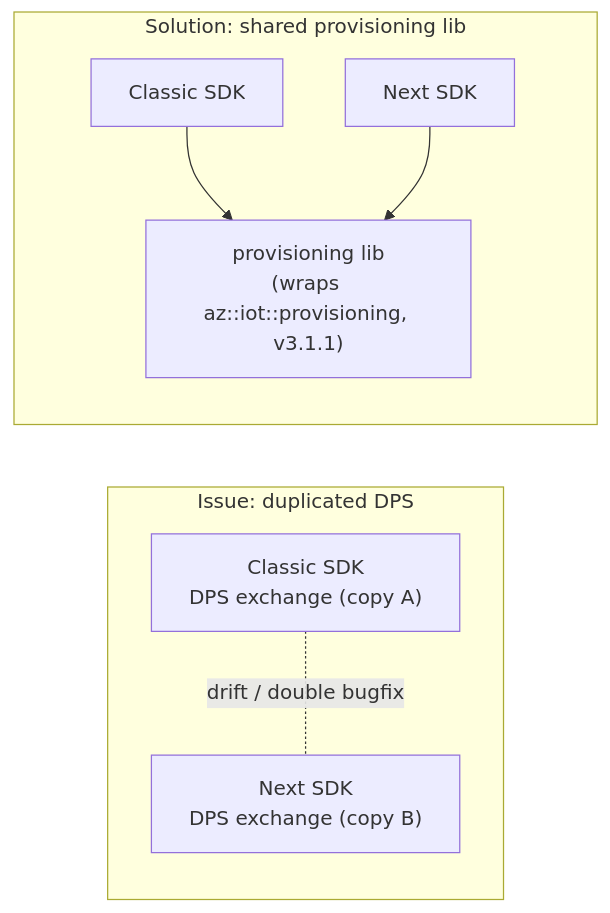
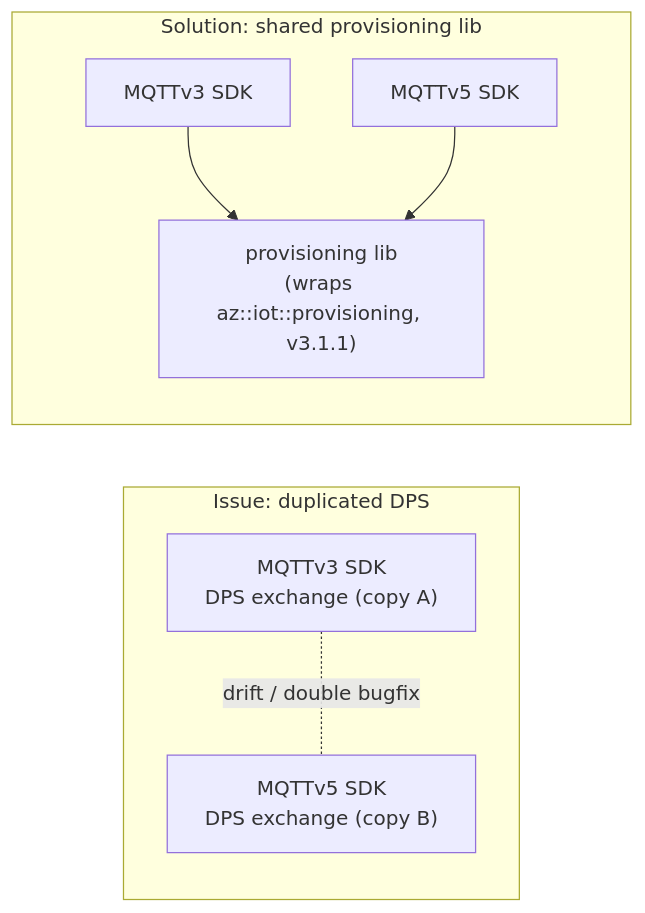
The third of 20 diagrams in c/docs/eng/split-client.md (Azure/azure-iot-sdk), drawn with Mermaid before and after one commit. The commit also changed other lines of this file and 99 other files, not shown here.

First line of the commit message:
[C] Rename Classic/Next/AEG to MQTTv3/MQTTv5 (#274)

````diff
--- a/c/docs/eng/split-client.md
+++ b/c/docs/eng/split-client.md
@@ -168,16 +168,16 @@
 ```mermaid
 flowchart LR
     subgraph ISSUE["Issue: duplicated DPS"]
-        IC["Classic SDK<br/>DPS exchange (copy A)"]
-        IN["Next SDK<br/>DPS exchange (copy B)"]
+        IC["MQTTv3 SDK<br/>DPS exchange (copy A)"]
+        IN["MQTTv5 SDK<br/>DPS exchange (copy B)"]
         IC -. "drift / double bugfix" .- IN
     end
 
     subgraph FIX["Solution: shared provisioning lib"]
         P["provisioning lib<br/>(wraps az::iot::provisioning, v3.1.1)"]
-        FC["Classic SDK"]
-        FN["Next SDK"]
+        FC["MQTTv3 SDK"]
+        FN["MQTTv5 SDK"]
         FC --> P
         FN --> P
     end
 ```
````
